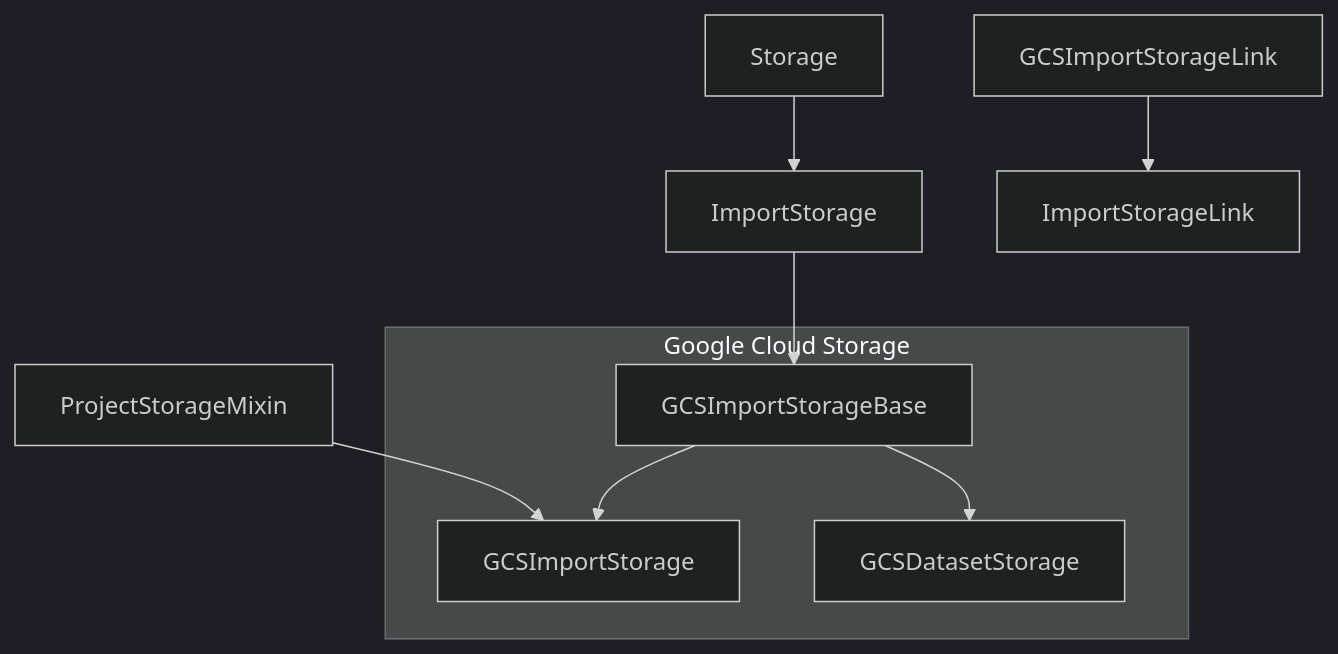
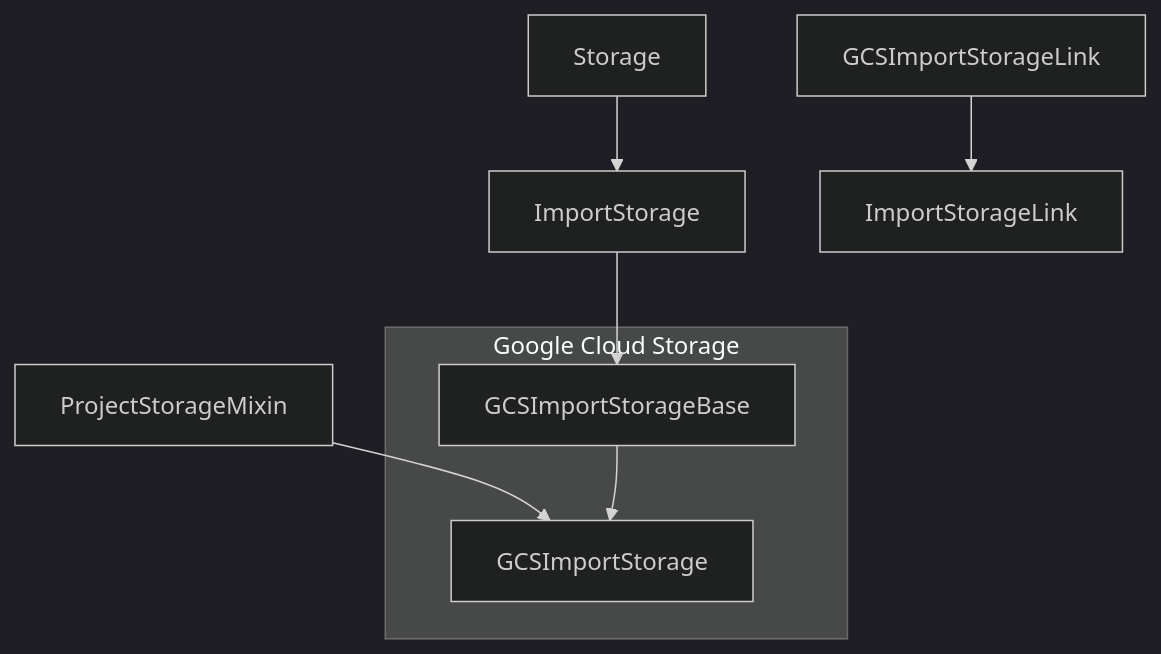
The first of 3 diagrams in label_studio/io_storages/README.md (HumanSignal/label-studio), drawn with Mermaid (dark theme) before and after one commit. The commit also changed 12 other files, not shown here.

````diff
--- a/label_studio/io_storages/README.md
+++ b/label_studio/io_storages/README.md
@@ -20,19 +20,17 @@
 ```mermaid
     graph TD;
     
     Storage-->ImportStorage;
     
     ProjectStorageMixin-->GCSImportStorage;
     ImportStorage-->GCSImportStorageBase;
 
     GCSImportStorageBase-->GCSImportStorage; 
-    GCSImportStorageBase-->GCSDatasetStorage;
 
     GCSImportStorageLink-->ImportStorageLink
 
     subgraph Google Cloud Storage
         GCSImportStorage;
         GCSImportStorageBase;
-        GCSDatasetStorage;
     end
 ```
````
